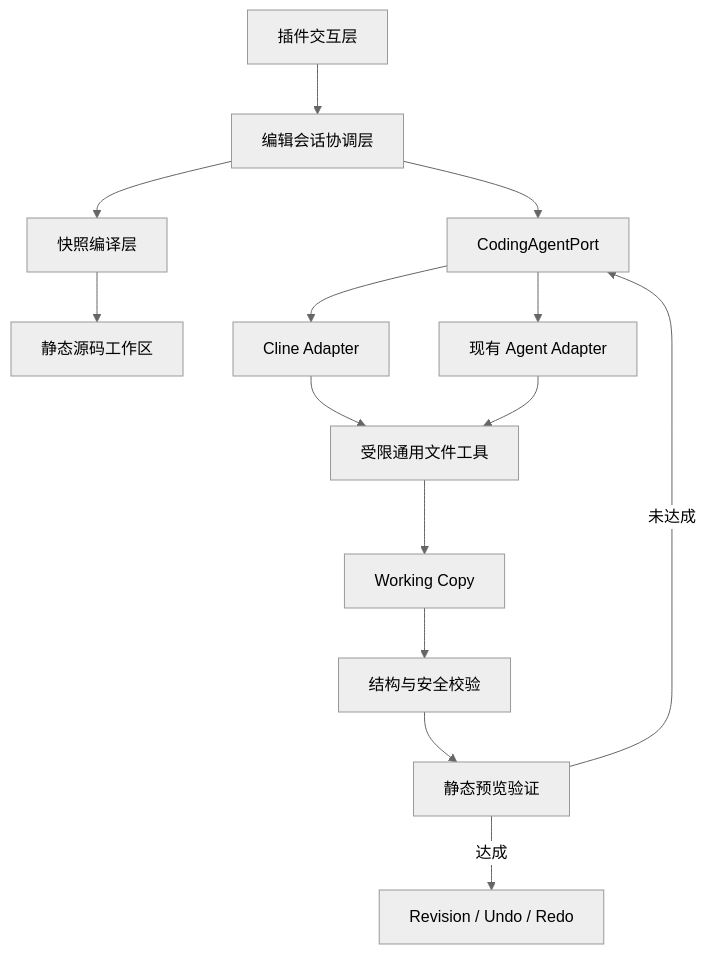
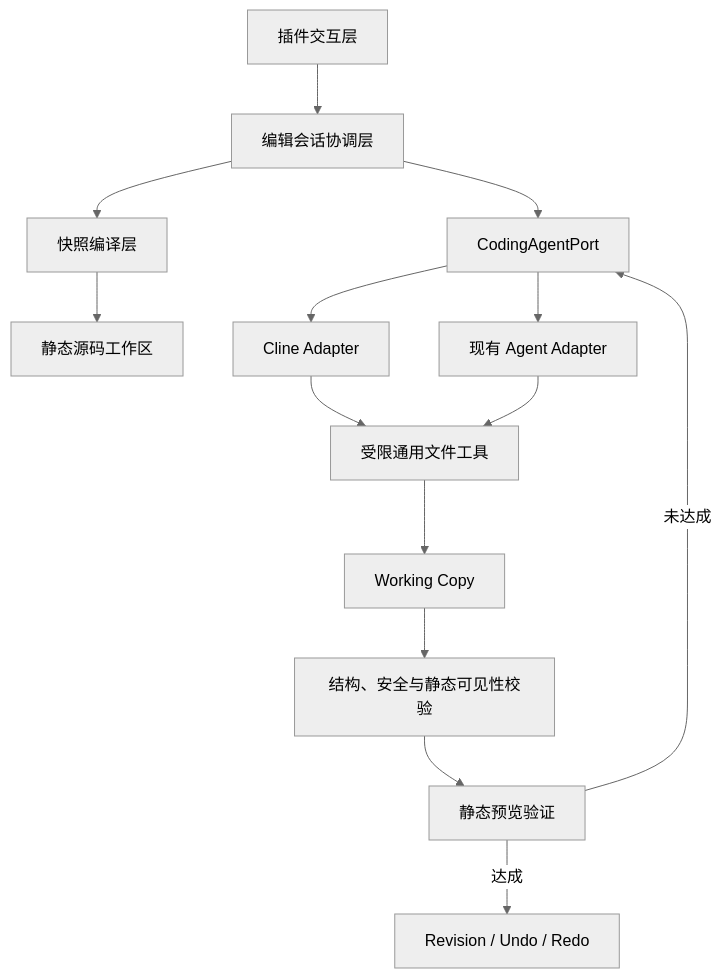
Before and after one commit to junmo-ops/UIAgent: the fourth of 5 diagrams in docs/UI辅助需求编写插件_静态快照工作台技术方案.md, drawn with Mermaid (neutral theme). The commit also changed other lines of this file and 37 other files, not shown here.

````diff
--- a/docs/UI辅助需求编写插件_静态快照工作台技术方案.md
+++ b/docs/UI辅助需求编写插件_静态快照工作台技术方案.md
@@ -665,16 +742,16 @@
 ```mermaid
 flowchart TD
     UI["插件交互层"] --> CO["编辑会话协调层"]
     CO --> SC["快照编译层"]
     SC --> WS["静态源码工作区"]
     CO --> CP["CodingAgentPort"]
     CP --> CA["Cline Adapter"]
     CP --> SA["现有 Agent Adapter"]
     CA --> FT["受限通用文件工具"]
     SA --> FT
     FT --> WC["Working Copy"]
-    WC --> SV["结构与安全校验"]
+    WC --> SV["结构、安全与静态可见性校验"]
     SV --> PV["静态预览验证"]
     PV -->|"未达成"| CP
     PV -->|"达成"| RV["Revision / Undo / Redo"]
 ```
````
